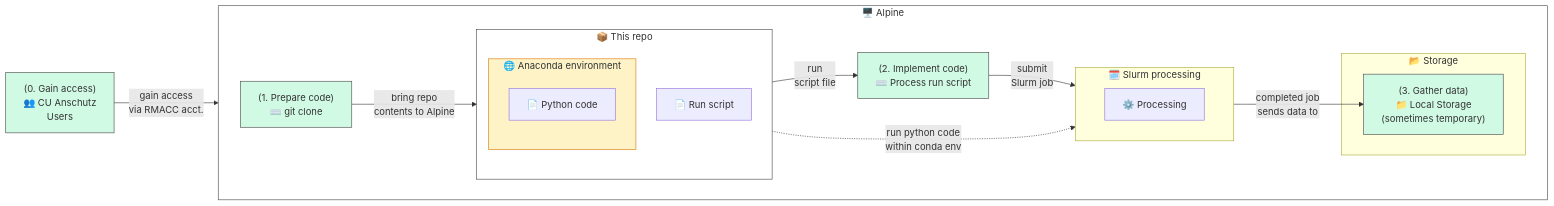
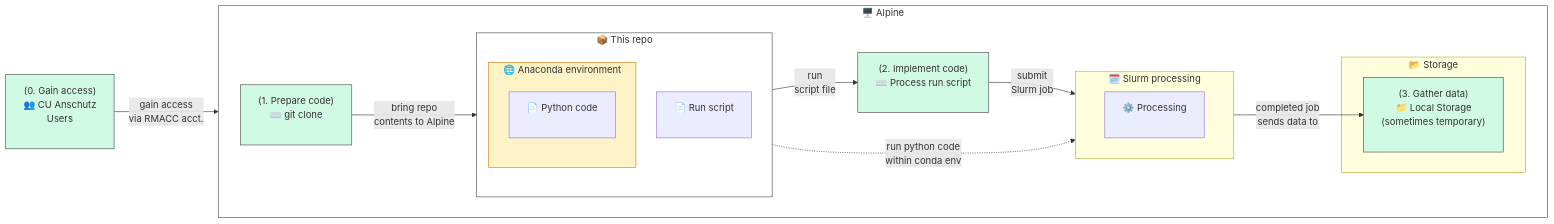
One commit to CU-DBMI/set-website changed the seventh of 8 diagrams in _posts/2023-07-07-Using-Python-and-Anaconda-with-the-Alpine-HPC-Cluster.md. Above: the diagram before and after it, drawn with Mermaid. The commit also changed other lines of this file, not shown here.

Commit message:
use breaks to render mermaid properly

````diff
--- a/_posts/2023-07-07-Using-Python-and-Anaconda-with-the-Alpine-HPC-Cluster.md
+++ b/_posts/2023-07-07-Using-Python-and-Anaconda-with-the-Alpine-HPC-Cluster.md
@@ -261,38 +261,38 @@
 ```mermaid!
 flowchart LR
-    users["(0. Gain access)\n👥 CU Anschutz\nUsers"]
-    subgraph alpine["🖥️ Alpine"]
+    users["(0. Gain access)\n👥 CU Anschutz\nUsers<br/><br/>"]
+    subgraph alpine["🖥️ Alpine<br/><br/>"]
         direction LR
-        alpineterminal1["(1. Prepare code)\n⌨️ git clone"]
-        alpineterminal2["(2. Implement code)\n⌨️ Process run script"]
-        subgraph repo["📦 This repo"]
+        alpineterminal1["(1. Prepare code)\n⌨️ git clone<br/><br/>"]
+        alpineterminal2["(2. Implement code)\n⌨️ Process run script<br/><br/>"]
+        subgraph repo["📦 This repo<br/><br/>"]
             direction TB
-            runscript["📄 Run script"]
-            subgraph condaenv["🌐 Anaconda environment"]
-                pythoncode["📄 Python code"]
+            runscript["📄 Run script<br/><br/>"]
+            subgraph condaenv["🌐 Anaconda environment<br/><br/>"]
+                pythoncode["📄 Python code<br/><br/>"]
             end
         end
-        subgraph slurmjob["🗓️ Slurm processing"]
+        subgraph slurmjob["🗓️ Slurm processing<br/><br/>"]
             direction LR
-            processing["⚙️ Processing"]
+            processing["⚙️ Processing<br/><br/>"]
         end
-        subgraph storage["📂 Storage"]
-            localstorage["(3. Gather data)\n📁 Local Storage\n(sometimes temporary)"]
+        subgraph storage["📂 Storage<br/><br/>"]
+            localstorage["(3. Gather data)\n📁 Local Storage\n(sometimes temporary)<br/><br/>"]
         end
     end
 
     users --> | gain access\nvia RMACC acct.| alpineterminal1
     alpineterminal1 --> | bring repo\n contents to Alpine | repo
     runscript --> |run\nscript file| alpineterminal2
     alpineterminal2 --> |submit\nSlurm job| processing
     processing --> | completed job\n sends data to| localstorage
     pythoncode -.-> | run python code\nwithin conda env |processing
 
 style condaenv fill:#FEF3C7,stroke:#D97706;
 style repo fill:#ffffff,stroke:#444444;
 style alpine fill:#ffffff,stroke:#444444;
 style users fill:#D1FAE5,stroke:#444444;
 style alpineterminal1 fill:#D1FAE5,stroke:#444444;
 style alpineterminal2 fill:#D1FAE5,stroke:#444444;
 style localstorage fill:#D1FAE5,stroke:#444444;
 ```
````
